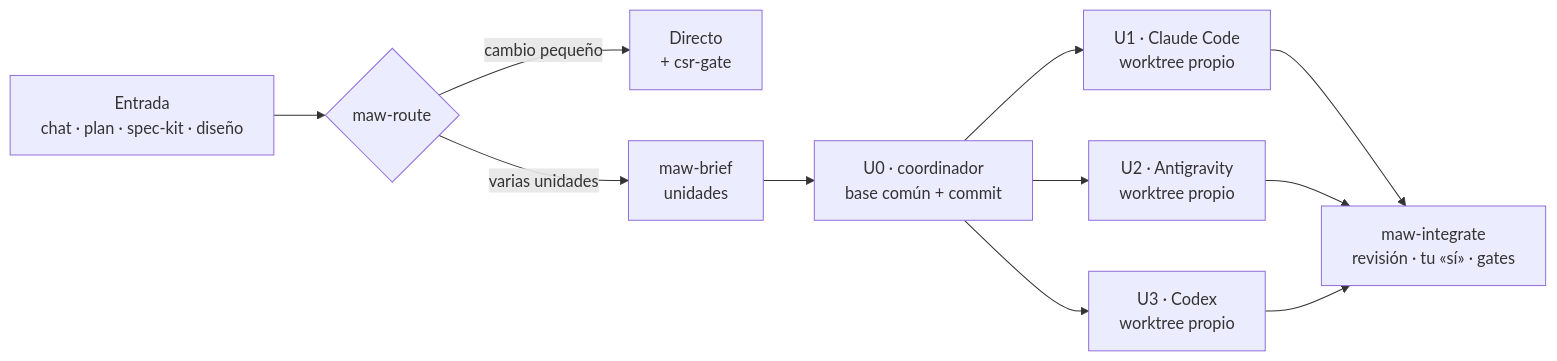
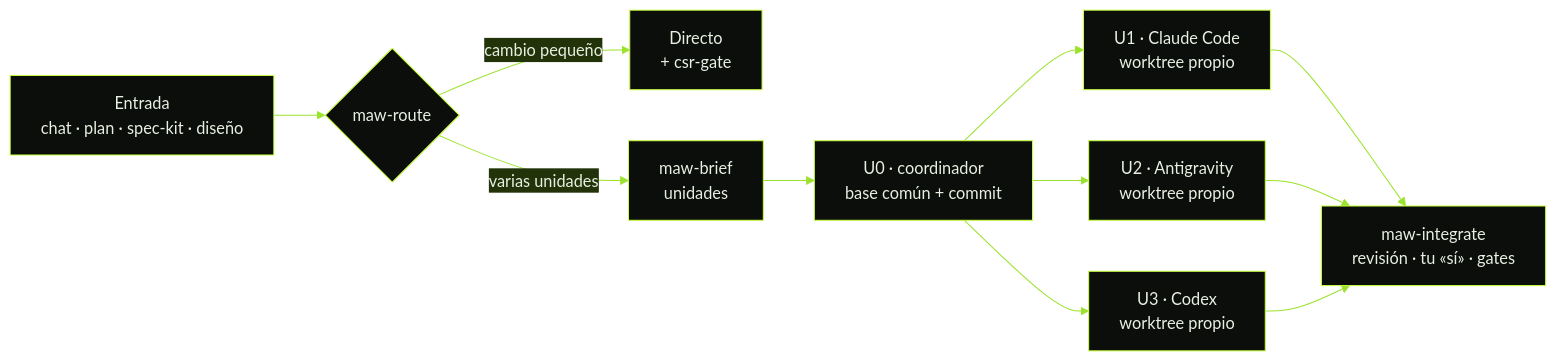
One commit to FernandoBaqueroo/orca-multiagent-kit changed the diagram in README.md. Above: the diagram before and after it, drawn with Mermaid. The commit also changed other lines of this file and 50 other files, not shown here.

````diff
--- a/README.md
+++ b/README.md
@@ -160,11 +151,12 @@
 ```mermaid
+%%{init: {"theme":"base","themeVariables":{"primaryColor":"#0b0e0a","primaryTextColor":"#e8f0e2","primaryBorderColor":"#c6ff3d","lineColor":"#9be22d","secondaryColor":"#22330a","tertiaryColor":"#050605","fontFamily":"monospace"}}}%%
 flowchart LR
     IN["Entrada<br/>chat · plan · spec-kit · diseño"] --> R{"maw-route"}
     R -- "cambio pequeño" --> D["Directo<br/>+ csr-gate"]
     R -- "varias unidades" --> B["maw-brief<br/>unidades"]
     B --> U0["U0 · coordinador<br/>base común + commit"]
     U0 --> W1["U1 · Claude Code<br/>worktree propio"]
     U0 --> W2["U2 · Antigravity<br/>worktree propio"]
     U0 --> W3["U3 · Codex<br/>worktree propio"]
     W1 & W2 & W3 --> I["maw-integrate<br/>revisión · tu «sí» · gates"]
 ```
````
